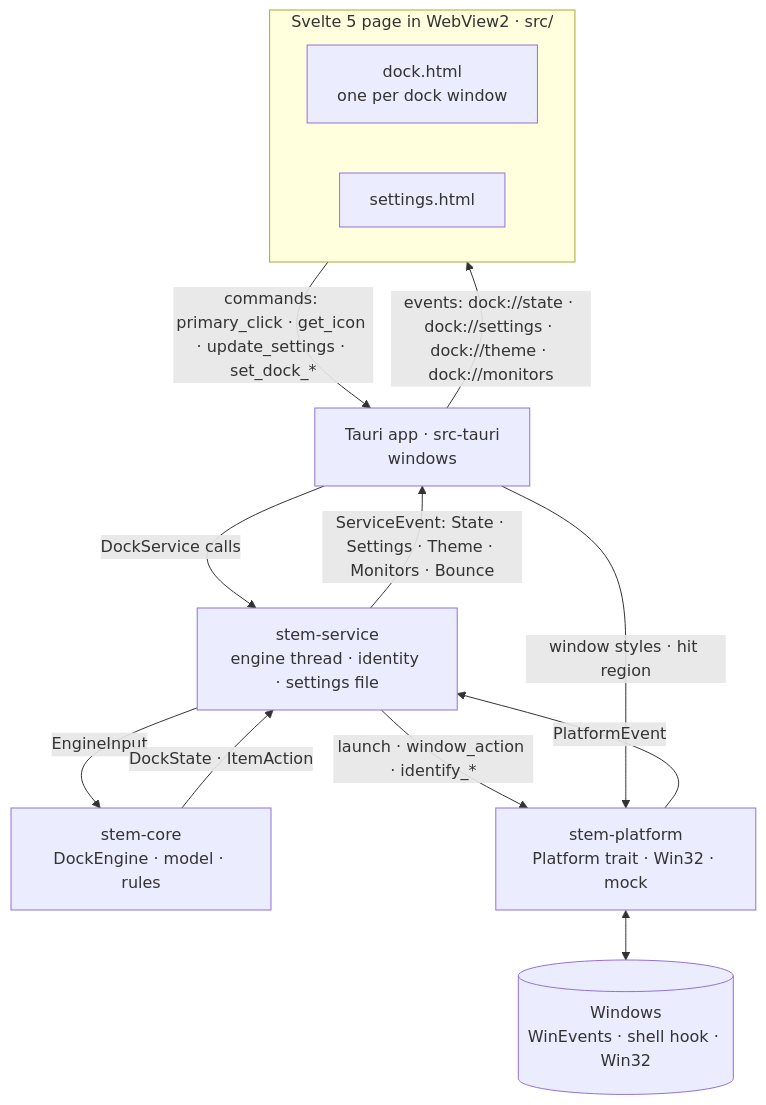
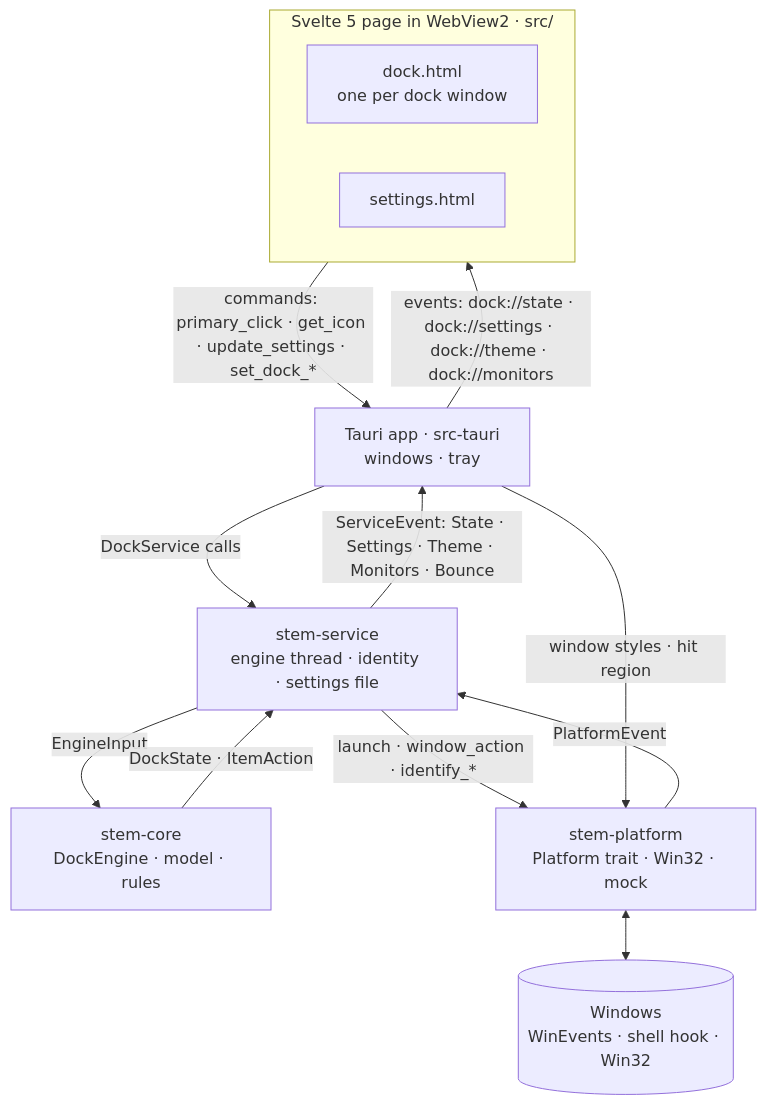
The diagram in README.md (davidcristian/Cortex-Stem), drawn with Mermaid before and after one commit. The commit also changed other lines of this file and 4 other files, not shown here.

First line of the commit message:
feat(app): add the tray, single instance, file logging and a panic hook

````diff
--- a/README.md
+++ b/README.md
@@ -34,23 +34,23 @@
 ```mermaid
 flowchart TB
     subgraph page["Svelte 5 page in WebView2 · src/"]
         DOCK["dock.html<br>one per dock window"]
         SET["settings.html"]
     end
-    APP["Tauri app · src-tauri<br>windows"]
+    APP["Tauri app · src-tauri<br>windows · tray"]
     SVC["stem-service<br>engine thread · identity · settings file"]
     CORE["stem-core<br>DockEngine · model · rules"]
     PLAT["stem-platform<br>Platform trait · Win32 · mock"]
     WIN[("Windows<br>WinEvents · shell hook · Win32")]
 
     page -->|"commands: primary_click · get_icon · update_settings · set_dock_*"| APP
     APP -->|"events: dock://state · dock://settings · dock://theme · dock://monitors"| page
     APP -->|"DockService calls"| SVC
     SVC -->|"ServiceEvent: State · Settings · Theme · Monitors · Bounce"| APP
     SVC -->|"EngineInput"| CORE
     CORE -->|"DockState · ItemAction"| SVC
     SVC -->|"launch · window_action · identify_*"| PLAT
     PLAT -->|"PlatformEvent"| SVC
     APP -->|"window styles · hit region"| PLAT
     PLAT <--> WIN
 ```
````
